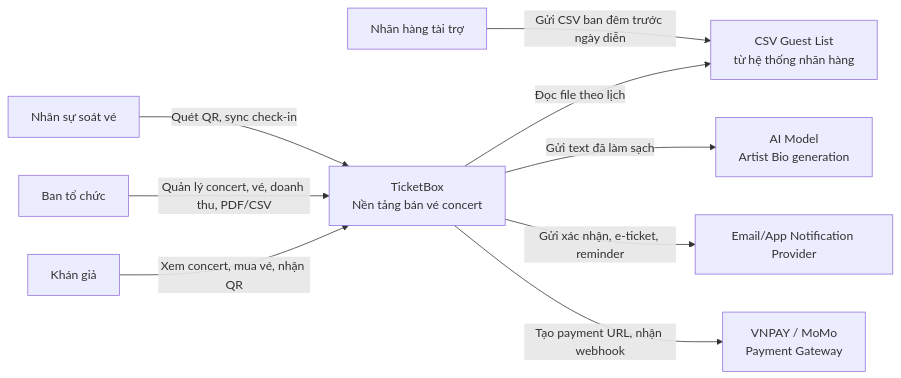
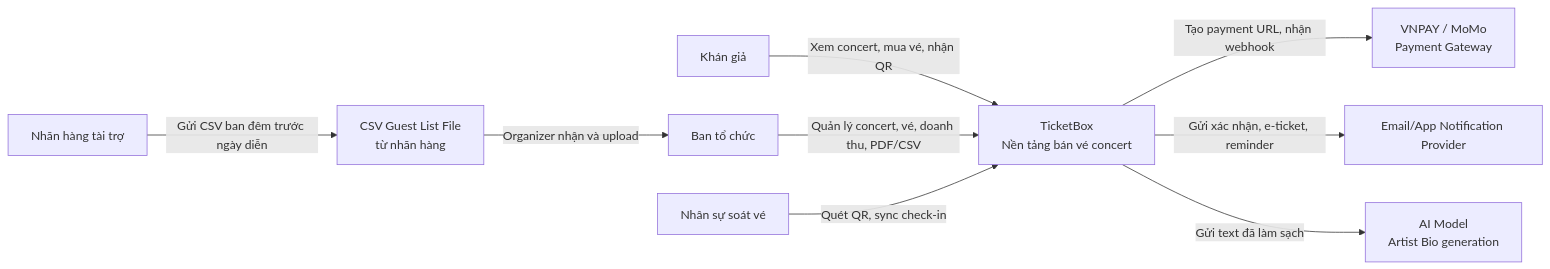
Before and after one commit to Toanapr/ticket-box: the first of 2 diagrams in blueprint/02-c4-diagrams.md, drawn with Mermaid. The commit also changed other lines of this file and 24 other files, not shown here.

````diff
--- a/blueprint/02-c4-diagrams.md
+++ b/blueprint/02-c4-diagrams.md
@@ -7,24 +7,24 @@
 ```mermaid
 flowchart LR
     Audience["Khán giả"]
     Organizer["Ban tổ chức"]
     ScannerStaff["Nhân sự soát vé"]
     Sponsor["Nhãn hàng tài trợ"]
 
     TicketBox["TicketBox<br/>Nền tảng bán vé concert"]
 
     Payment["VNPAY / MoMo<br/>Payment Gateway"]
     Email["Email/App Notification Provider"]
     AI["AI Model<br/>Artist Bio generation"]
-    CSV["CSV Guest List<br/>từ hệ thống nhãn hàng"]
+    CSV["CSV Guest List File<br/>từ nhãn hàng"]
 
     Audience -->|"Xem concert, mua vé, nhận QR"| TicketBox
     Organizer -->|"Quản lý concert, vé, doanh thu, PDF/CSV"| TicketBox
     ScannerStaff -->|"Quét QR, sync check-in"| TicketBox
     Sponsor -->|"Gửi CSV ban đêm trước ngày diễn"| CSV
+    CSV -->|"Organizer nhận và upload"| Organizer
 
     TicketBox -->|"Tạo payment URL, nhận webhook"| Payment
     TicketBox -->|"Gửi xác nhận, e-ticket, reminder"| Email
     TicketBox -->|"Gửi text đã làm sạch"| AI
-    TicketBox -->|"Đọc file theo lịch"| CSV
 ```
````
